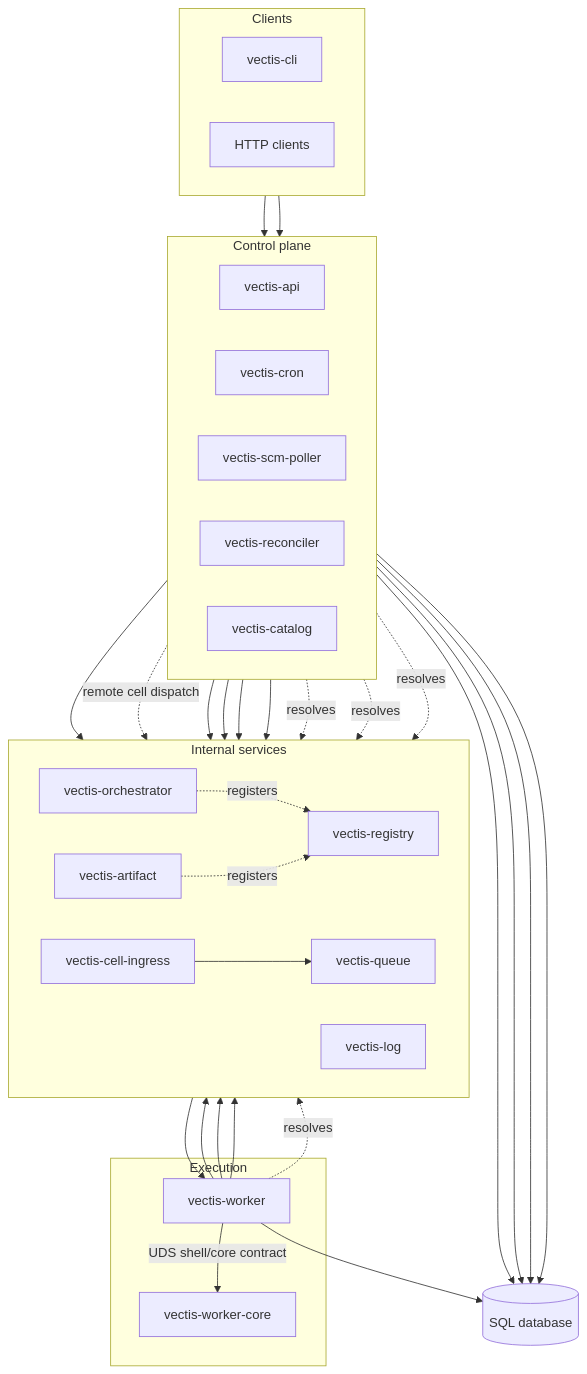
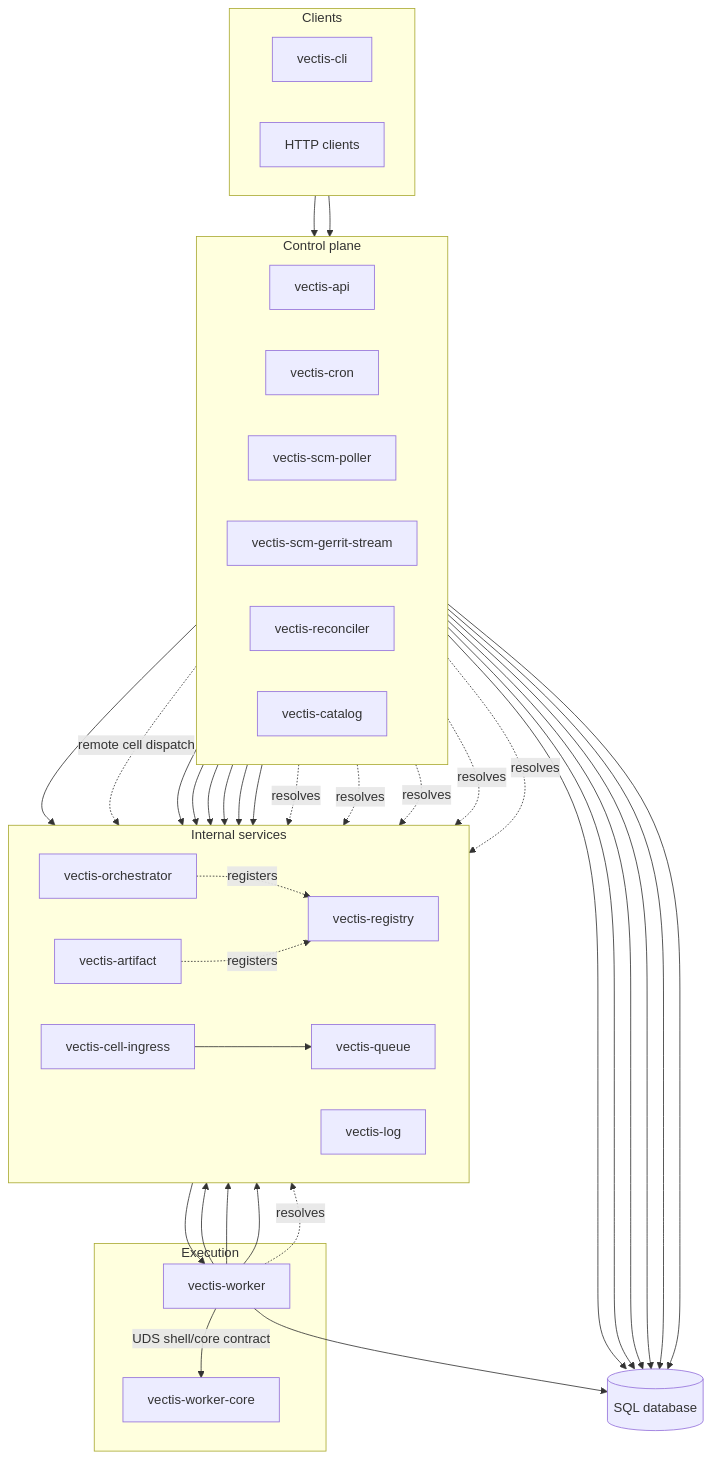
One commit to garrett-s-wininger/vectis changed the diagram in website/docs/concepts/architecture.md. Above: the diagram before and after it, drawn with Mermaid. The commit also changed other lines of this file and 19 other files, not shown here.

Commit message:
feat: basic Gerrit stream events handling framework

````diff
--- a/website/docs/concepts/architecture.md
+++ b/website/docs/concepts/architecture.md
@@ -42,64 +42,71 @@
 ```mermaid
 flowchart TB
   subgraph edge [Clients]
     direction LR
     CLI["vectis-cli"]
     HTTP["HTTP clients"]
   end
 
   subgraph control [Control plane]
     direction LR
     API["vectis-api"]
     CRON["vectis-cron"]
     SCM["vectis-scm-poller"]
+    GERRIT_STREAM["vectis-scm-gerrit-stream"]
     REC["vectis-reconciler"]
     CAT["vectis-catalog"]
   end
 
   subgraph internal [Internal services]
     direction LR
     REG["vectis-registry"]
     CING["vectis-cell-ingress"]
     Q["vectis-queue"]
     LOG["vectis-log"]
     ART["vectis-artifact"]
     ORCH["vectis-orchestrator"]
   end
 
   subgraph execute [Execution]
     W["vectis-worker"]
     WC["vectis-worker-core"]
   end
 
   DB[("SQL database")]
 
   CLI --> API
   HTTP --> API
 
   API --> DB
   CRON --> DB
+  SCM --> DB
+  GERRIT_STREAM --> DB
   REC --> DB
   CAT --> DB
   W --> DB
 
   API --> Q
   API -. remote cell dispatch .-> CING
   CING --> Q
   CRON --> Q
+  SCM --> Q
+  GERRIT_STREAM --> Q
   REC --> Q
   Q --> W
   W -- "UDS shell/core contract" --> WC
 
   W --> ORCH
   W --> LOG
   W --> ART
   API --> LOG
   API --> ART
 
   API -. resolves .-> REG
   CRON -. resolves .-> REG
+  SCM -. resolves .-> REG
+  GERRIT_STREAM -. resolves .-> REG
   REC -. resolves .-> REG
   W -. resolves .-> REG
   ORCH -. registers .-> REG
   ART -. registers .-> REG
 ```
````
